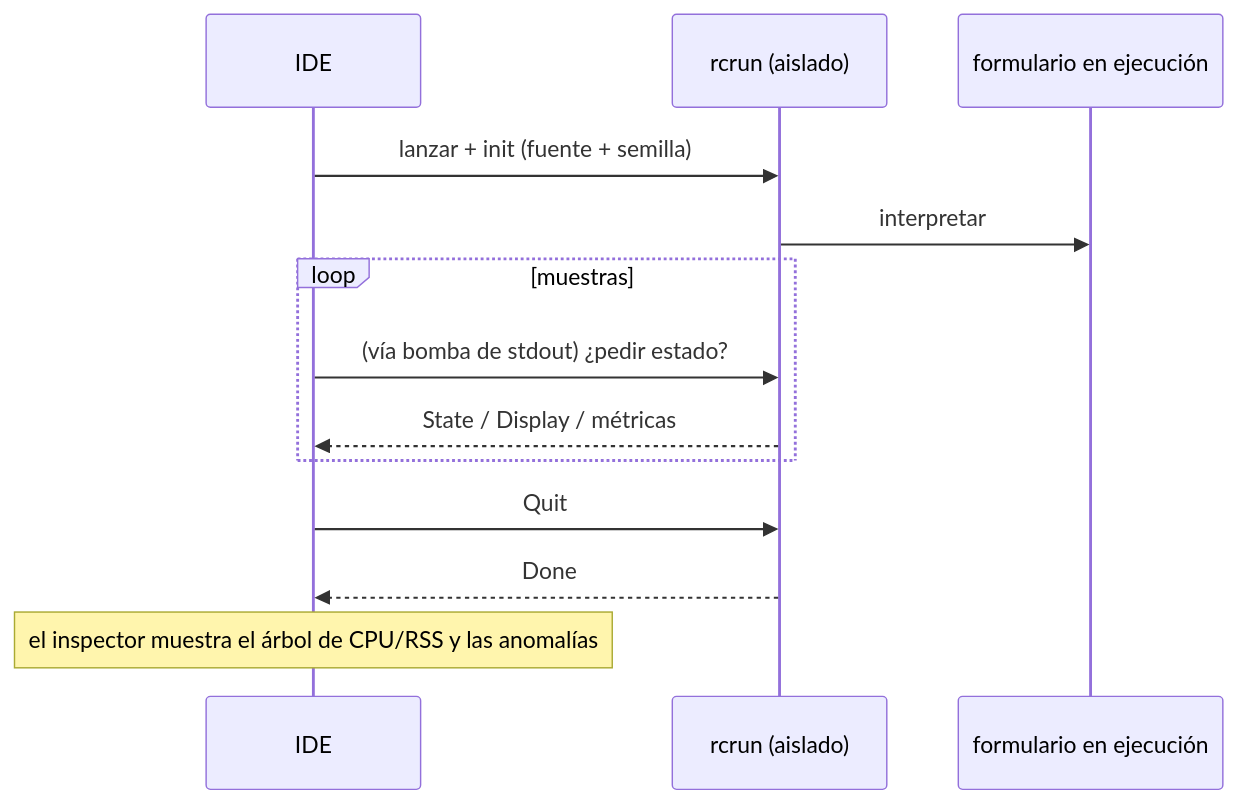
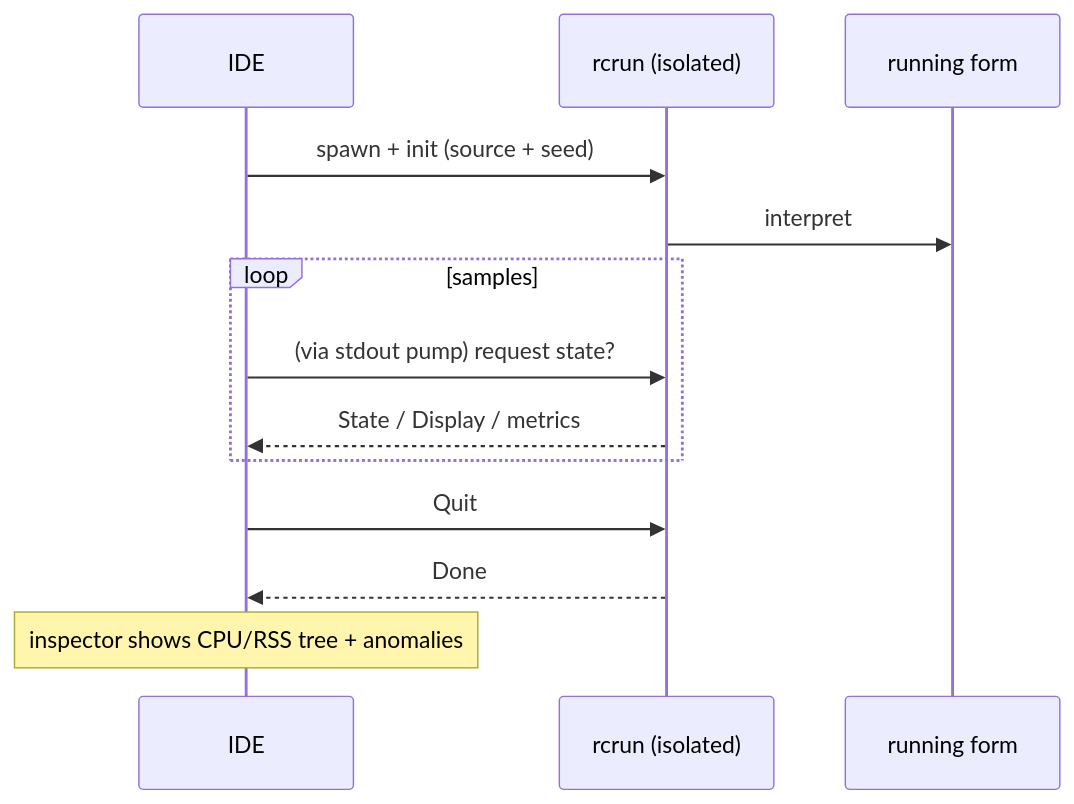
The diagram in docs/observability-es.md (CloudLandBeta/PowerRustCOBOL), drawn with Mermaid before and after one commit. The commit also changed other lines of this file and 6 other files, not shown here.

````diff
--- a/docs/observability-es.md
+++ b/docs/observability-es.md
@@ -300,16 +298,16 @@
 ```mermaid
 sequenceDiagram
     participant IDE
-    participant Child as rcrun (aislado)
-    participant Form as formulario en ejecución
+    participant Child as rcrun (isolated)
+    participant Form as running form
 
-    IDE->>Child: lanzar + init (fuente + semilla)
-    Child->>Form: interpretar
-    loop muestras
-        IDE->>Child: (vía bomba de stdout) ¿pedir estado?
-        Child-->>IDE: State / Display / métricas
+    IDE->>Child: spawn + init (source + seed)
+    Child->>Form: interpret
+    loop samples
+        IDE->>Child: (via stdout pump) request state?
+        Child-->>IDE: State / Display / metrics
     end
     IDE->>Child: Quit
     Child-->>IDE: Done
-    Note over IDE: el inspector muestra el árbol de CPU/RSS y las anomalías
+    Note over IDE: inspector shows CPU/RSS tree + anomalies
 ```
````
